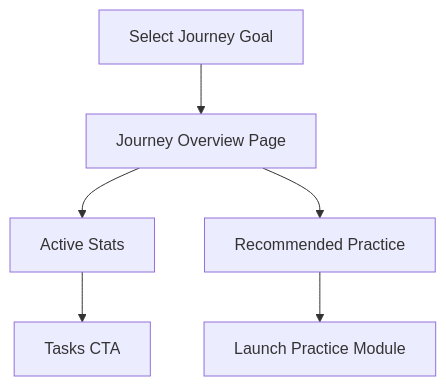
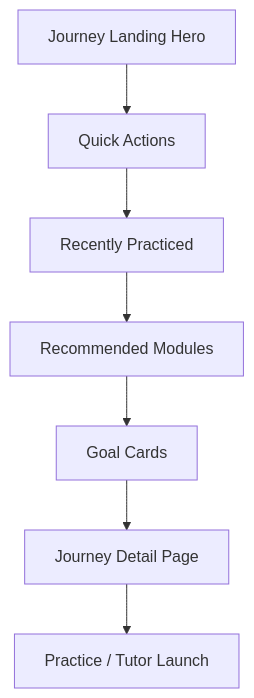
The diagram in docs/feature-guides/journeys.md (battaglia-v/mk-language-lab), drawn with Mermaid before and after one commit. The commit also changed other lines of this file and 8 other files, not shown here.

````diff
--- a/docs/feature-guides/journeys.md
+++ b/docs/feature-guides/journeys.md
@@ -9,8 +9,9 @@
 ```mermaid
 flowchart TD
-  A[Select Journey Goal] --> B[Journey Overview Page]
-  B --> C[Active Stats]
-  B --> D[Recommended Practice]
-  C --> E[Tasks CTA]
-  D --> F[Launch Practice Module]
+  A[Journey Landing Hero] --> B[Quick Actions]
+  B --> C[Recently Practiced]
+  C --> D[Recommended Modules]
+  D --> E[Goal Cards]
+  E --> F[Journey Detail Page]
+  F --> G[Practice / Tutor Launch]
 ```
````
